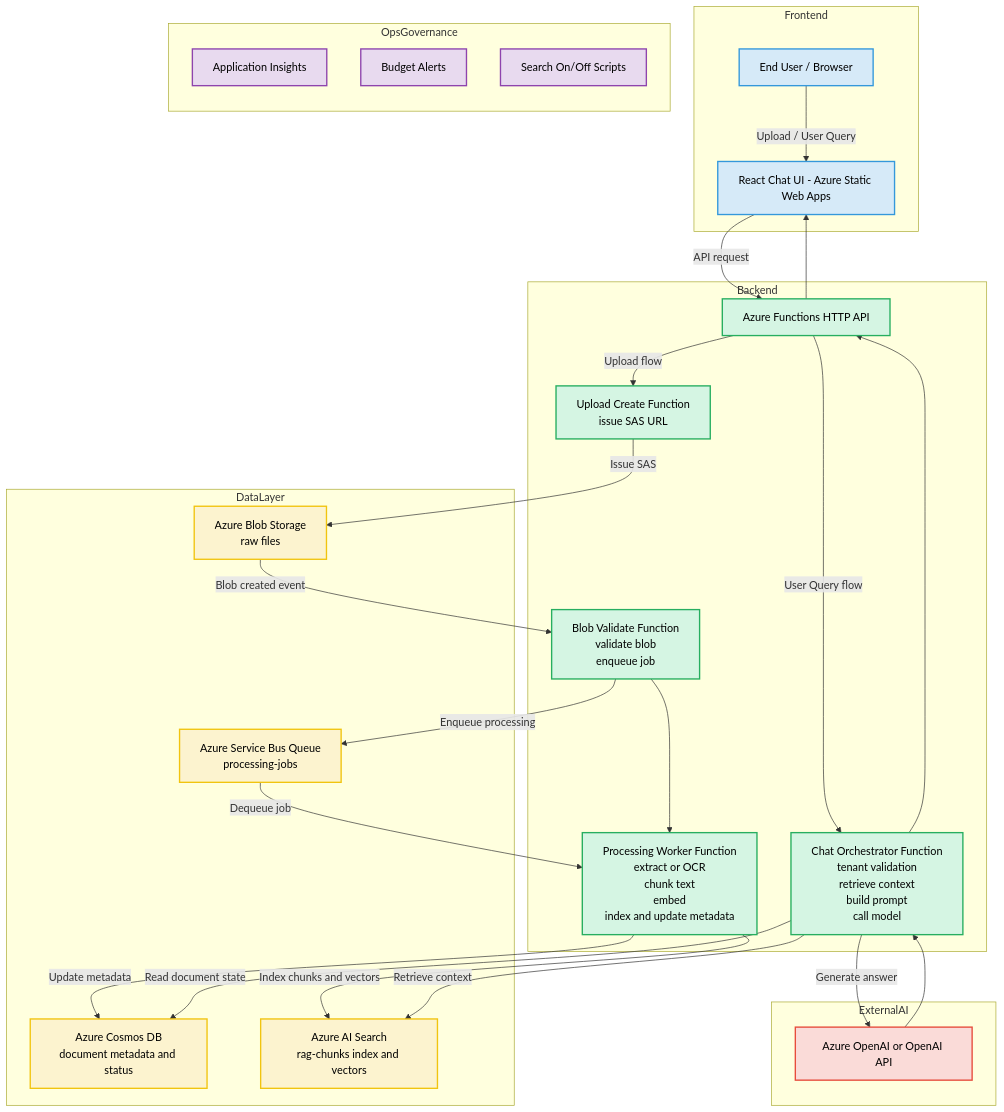
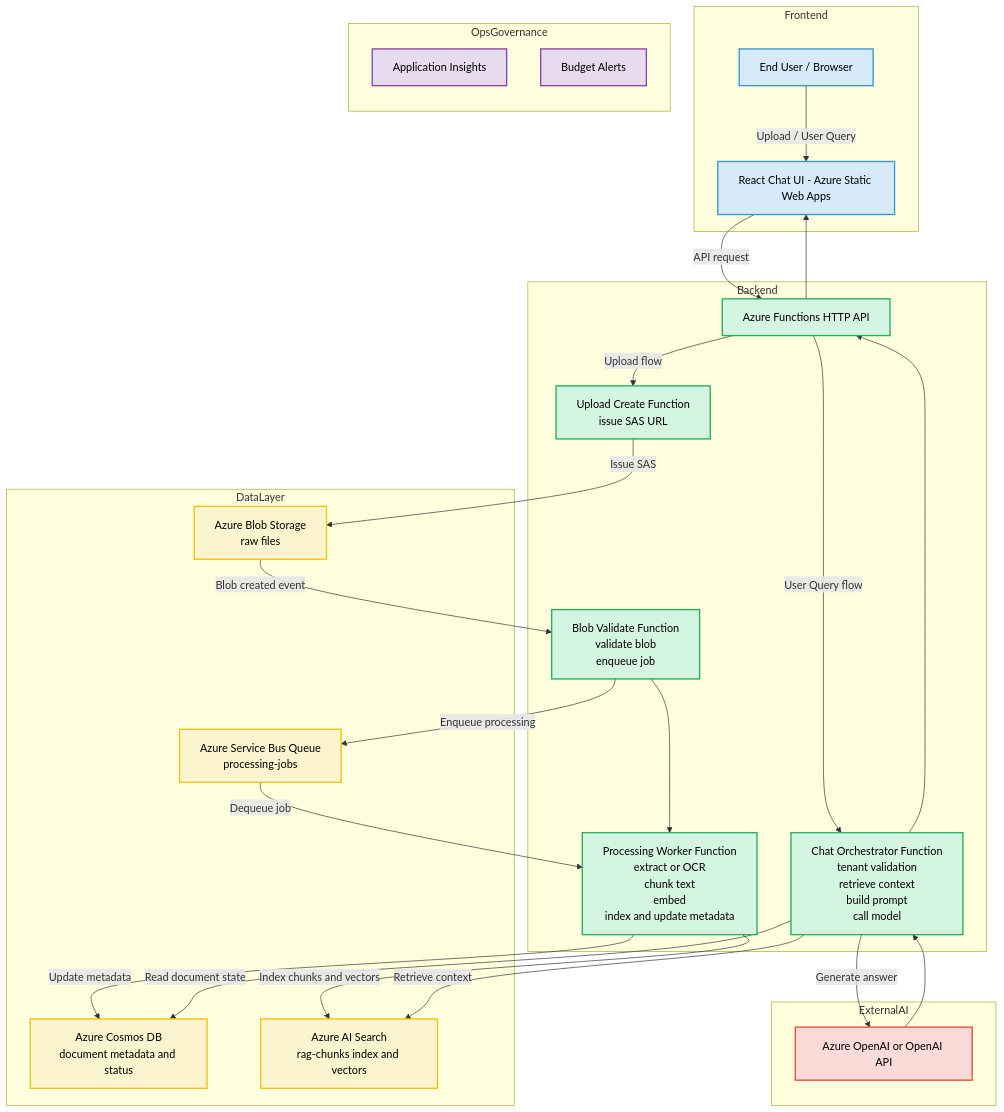
One commit to kimgyver/RAG-azure changed the diagram in docs/user-manual-portfolio.ko.md. Above: the diagram before and after it, drawn with Mermaid. The commit also changed 6 other files, not shown here.

````diff
--- a/docs/user-manual-portfolio.ko.md
+++ b/docs/user-manual-portfolio.ko.md
@@ -46,64 +46,63 @@
 ```mermaid
 flowchart TB
   classDef frontend fill:#D6EAF8,stroke:#3498DB,stroke-width:2px,color:#000;
   classDef backend fill:#D5F5E3,stroke:#27AE60,stroke-width:2px,color:#000;
   classDef database fill:#FCF3CF,stroke:#F1C40F,stroke-width:2px,color:#000;
   classDef external fill:#FADBD8,stroke:#E74C3C,stroke-width:2px,color:#000;
   classDef ops fill:#E8DAEF,stroke:#8E44AD,stroke-width:2px,color:#000;
 
   subgraph Frontend
       A[End User / Browser]
       B[React Chat UI - Azure Static Web Apps]
       A -->|Upload / User Query| B
   end
   class A,B frontend;
 
   subgraph Backend
       C[Azure Functions HTTP API]
       D[Chat Orchestrator Function<br/>tenant validation<br/>retrieve context<br/>build prompt<br/>call model]
       E[Upload Create Function<br/>issue SAS URL]
       F[Blob Validate Function<br/>validate blob<br/>enqueue job]
       G[Processing Worker Function<br/>extract or OCR<br/>chunk text<br/>embed<br/>index and update metadata]
 
       B -->|API request| C
       C -->|User Query flow| D
       C -->|Upload flow| E
       F --> G
   end
   class C,D,E,F,G backend;
 
   subgraph DataLayer
       H[Azure Blob Storage<br/>raw files]
       I[Azure Service Bus Queue<br/>processing-jobs]
       J[Azure Cosmos DB<br/>document metadata and status]
       K[Azure AI Search<br/>rag-chunks index and vectors]
   end
   class H,I,J,K database;
 
   subgraph ExternalAI
       L[Azure OpenAI or OpenAI API]
   end
   class L external;
 
   subgraph OpsGovernance
       direction TB
       M[Application Insights]
       N[Budget Alerts]
-      O[Search On/Off Scripts]
   end
   class M,N,O ops;
 
   E -->|Issue SAS| H
   H -->|Blob created event| F
   F -->|Enqueue processing| I
   I -->|Dequeue job| G
   G -->|Update metadata| J
   G -->|Index chunks and vectors| K
 
   D -->|Retrieve context| K
   D -->|Read document state| J
   D -->|Generate answer| L
   L --> D
   D --> C
   C --> B
 ```
````
